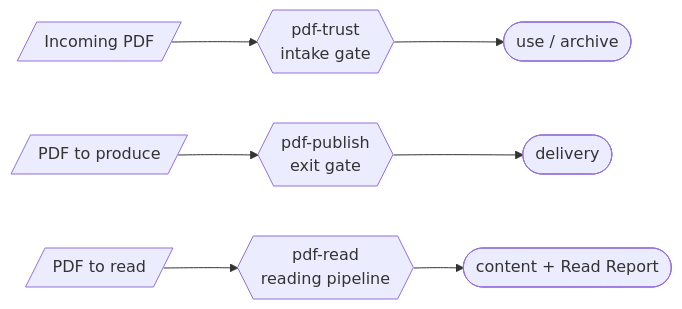
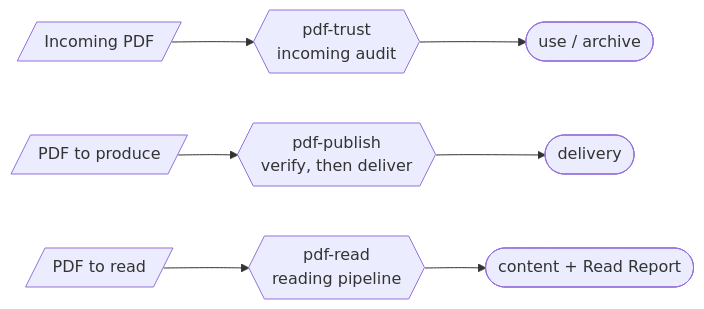
The diagram in site/docs/skills/index.md (shuji-bonji/pdf-agent-stack), drawn with Mermaid before and after one commit. The commit also changed other lines of this file and 5 other files, not shown here.

````diff
--- a/site/docs/skills/index.md
+++ b/site/docs/skills/index.md
@@ -9,6 +9,6 @@
 ```mermaid
 graph LR
-  IN[/"Incoming PDF"/] --> TRUST{{"pdf-trust<br>intake gate"}} --> USE(["use / archive"])
-  MAKE[/"PDF to produce"/] --> PUBLISH{{"pdf-publish<br>exit gate"}} --> OUT(["delivery"])
+  IN[/"Incoming PDF"/] --> TRUST{{"pdf-trust<br>incoming audit"}} --> USE(["use / archive"])
+  MAKE[/"PDF to produce"/] --> PUBLISH{{"pdf-publish<br>verify, then deliver"}} --> OUT(["delivery"])
   DOC[/"PDF to read"/] --> READ{{"pdf-read<br>reading pipeline"}} --> ANS(["content + Read Report"])
 ```
````
